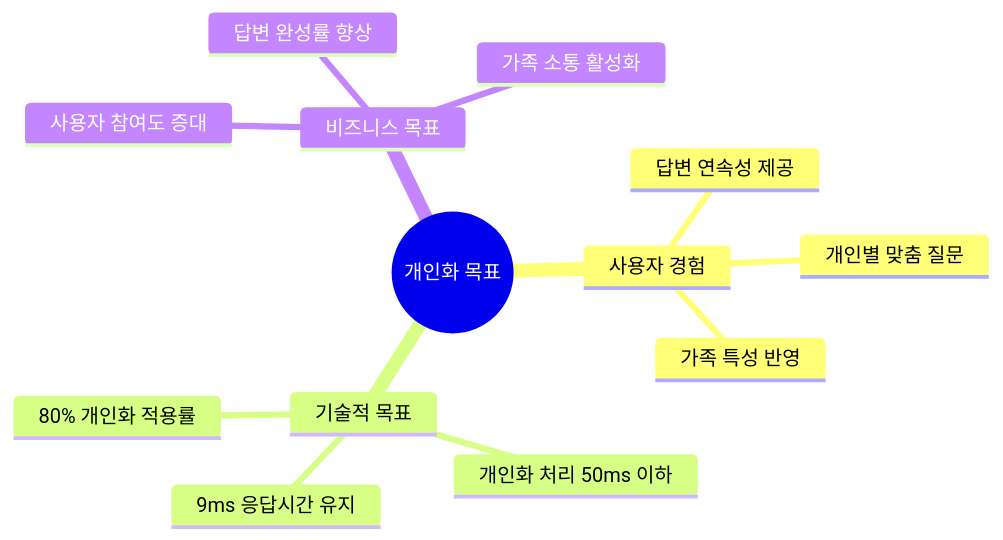
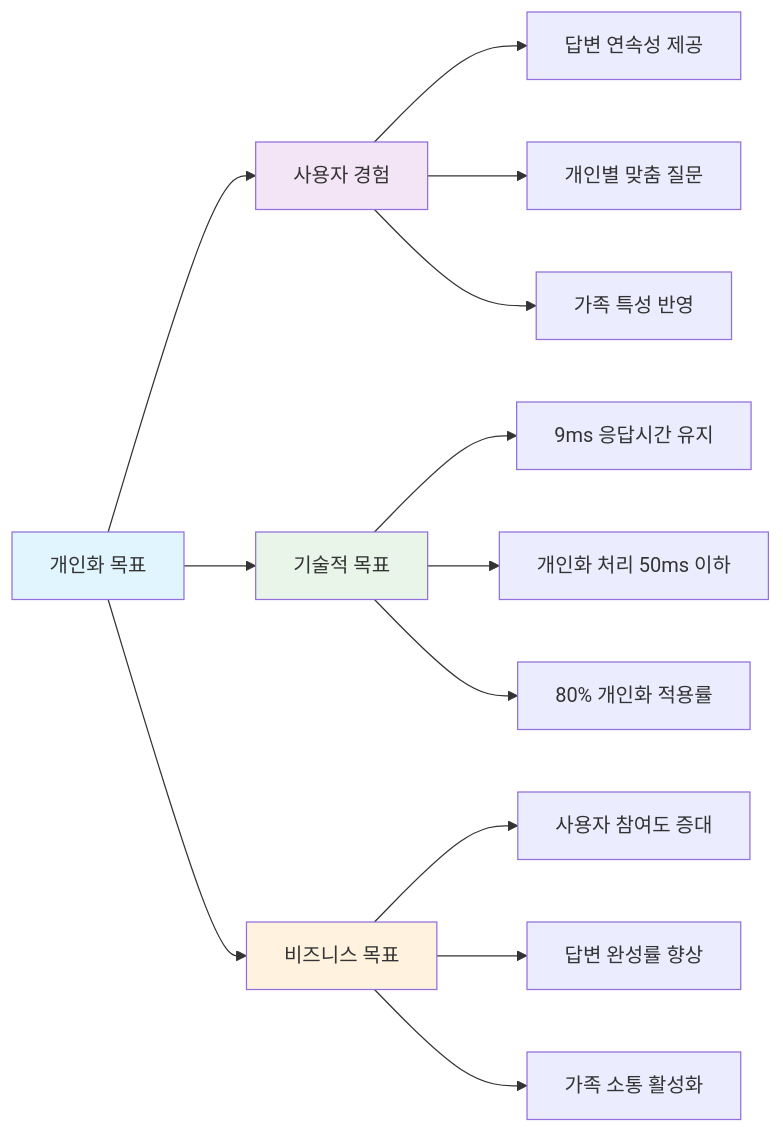
Diagram 15 of 31 in PERFORMANCE_OPTIMIZATION_QUESTION_GENERATION.md (CHALLKATHON-Official/2025_CHALLKATHON_CAFFEINEADDICT_BE), drawn with Mermaid before and after one commit. The commit also changed other lines of this file, not shown here.

Commit message:
:memo: docs(performance): add personalized question generation system details with architecture, implementation, and optimization strategies

````diff
--- a/PERFORMANCE_OPTIMIZATION_QUESTION_GENERATION.md
+++ b/PERFORMANCE_OPTIMIZATION_QUESTION_GENERATION.md
@@ -1040,16 +1040,23 @@
 ```mermaid
-mindmap
-  root((개인화 목표))
-    사용자 경험
-      답변 연속성 제공
-      개인별 맞춤 질문
-      가족 특성 반영
-    기술적 목표
-      9ms 응답시간 유지
-      개인화 처리 50ms 이하
-      80% 개인화 적용률
-    비즈니스 목표
-      사용자 참여도 증대
-      답변 완성률 향상
-      가족 소통 활성화
+graph LR
+    A[개인화 목표] --> B[사용자 경험]
+    A --> C[기술적 목표]
+    A --> D[비즈니스 목표]
+    
+    B --> B1[답변 연속성 제공]
+    B --> B2[개인별 맞춤 질문]
+    B --> B3[가족 특성 반영]
+    
+    C --> C1[9ms 응답시간 유지]
+    C --> C2[개인화 처리 50ms 이하]
+    C --> C3[80% 개인화 적용률]
+    
+    D --> D1[사용자 참여도 증대]
+    D --> D2[답변 완성률 향상]
+    D --> D3[가족 소통 활성화]
+    
+    style A fill:#e1f5fe
+    style B fill:#f3e5f5
+    style C fill:#e8f5e8
+    style D fill:#fff3e0
 ```
````
